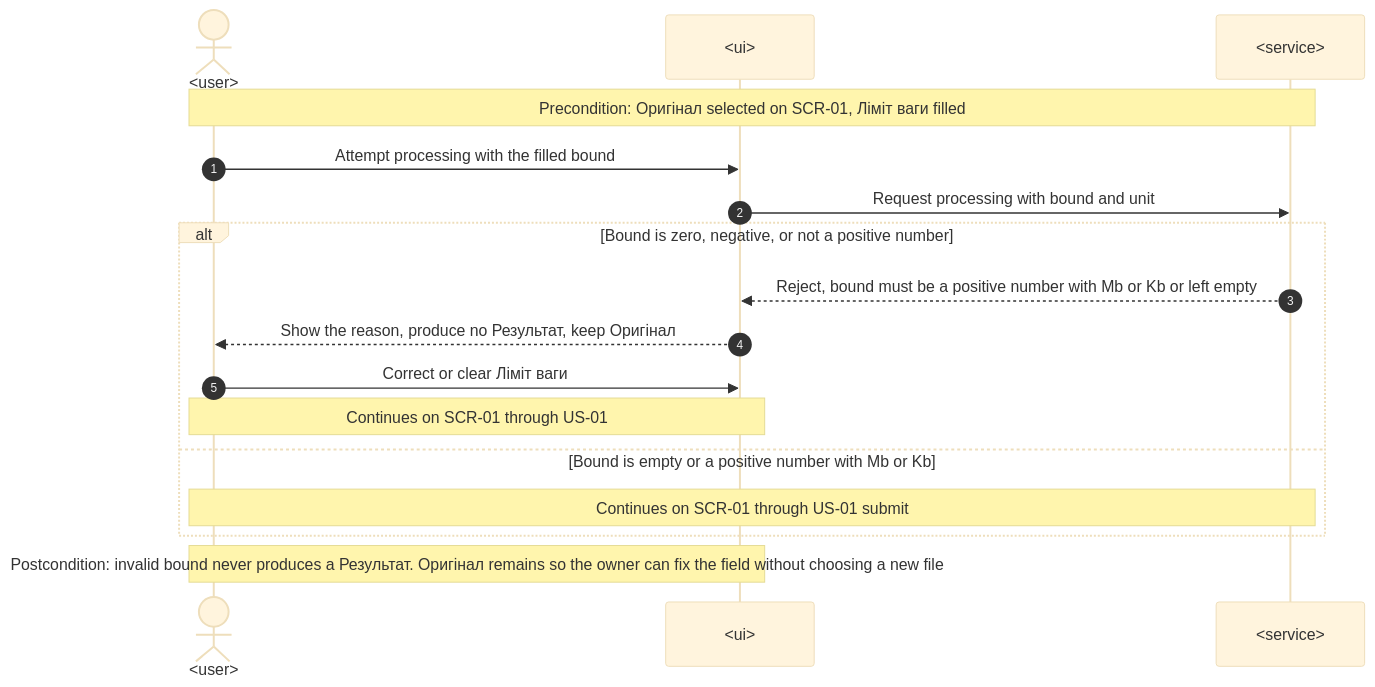
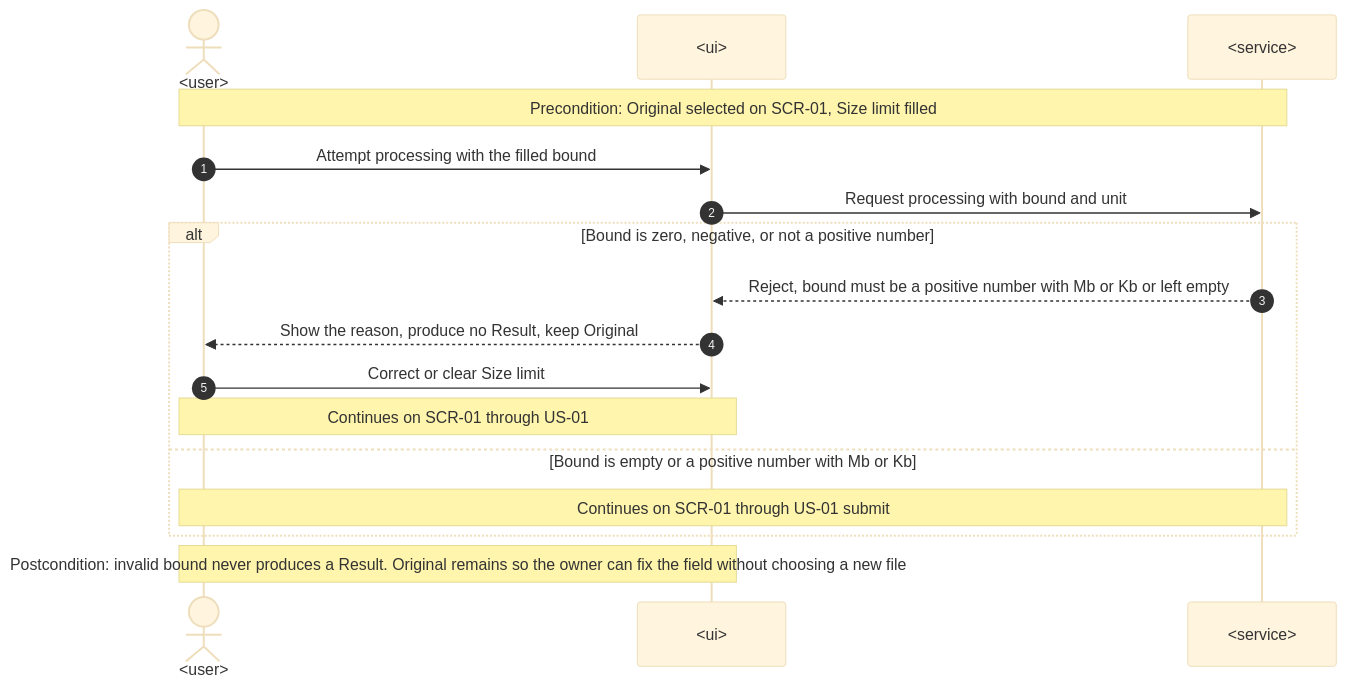
The eighth of 8 diagrams in docs/features/image-size-limit/sad.md (shved270189/image_compressor), drawn with Mermaid (base theme) before and after one commit. The commit also changed other lines of this file and 46 other files, not shown here.

````diff
--- a/docs/features/image-size-limit/sad.md
+++ b/docs/features/image-size-limit/sad.md
@@ -287,20 +287,20 @@
 ```mermaid
 sequenceDiagram
     autonumber
     actor U as <user>
     participant UI as <ui>
     participant S as <service>
 
-    Note over U,S: Precondition: Оригінал selected on SCR-01, Ліміт ваги filled
+    Note over U,S: Precondition: Original selected on SCR-01, Size limit filled
     U->>UI: Attempt processing with the filled bound
     UI->>S: Request processing with bound and unit
     alt Bound is zero, negative, or not a positive number
         S-->>UI: Reject, bound must be a positive number with Mb or Kb or left empty
-        UI-->>U: Show the reason, produce no Результат, keep Оригінал
-        U->>UI: Correct or clear Ліміт ваги
+        UI-->>U: Show the reason, produce no Result, keep Original
+        U->>UI: Correct or clear Size limit
         Note over U,UI: Continues on SCR-01 through US-01
     else Bound is empty or a positive number with Mb or Kb
         Note over U,S: Continues on SCR-01 through US-01 submit
     end
-    Note over U,UI: Postcondition: invalid bound never produces a Результат. Оригінал remains so the owner can fix the field without choosing a new file
+    Note over U,UI: Postcondition: invalid bound never produces a Result. Original remains so the owner can fix the field without choosing a new file
 ```
````
